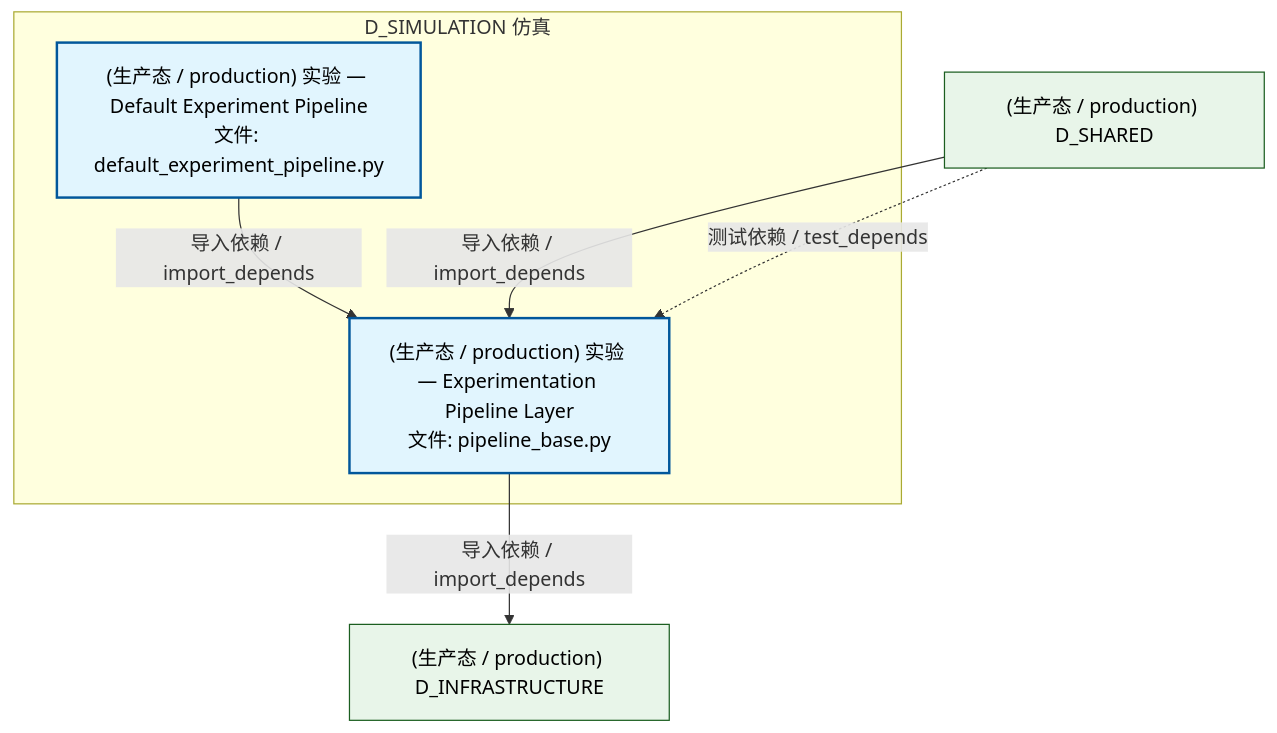
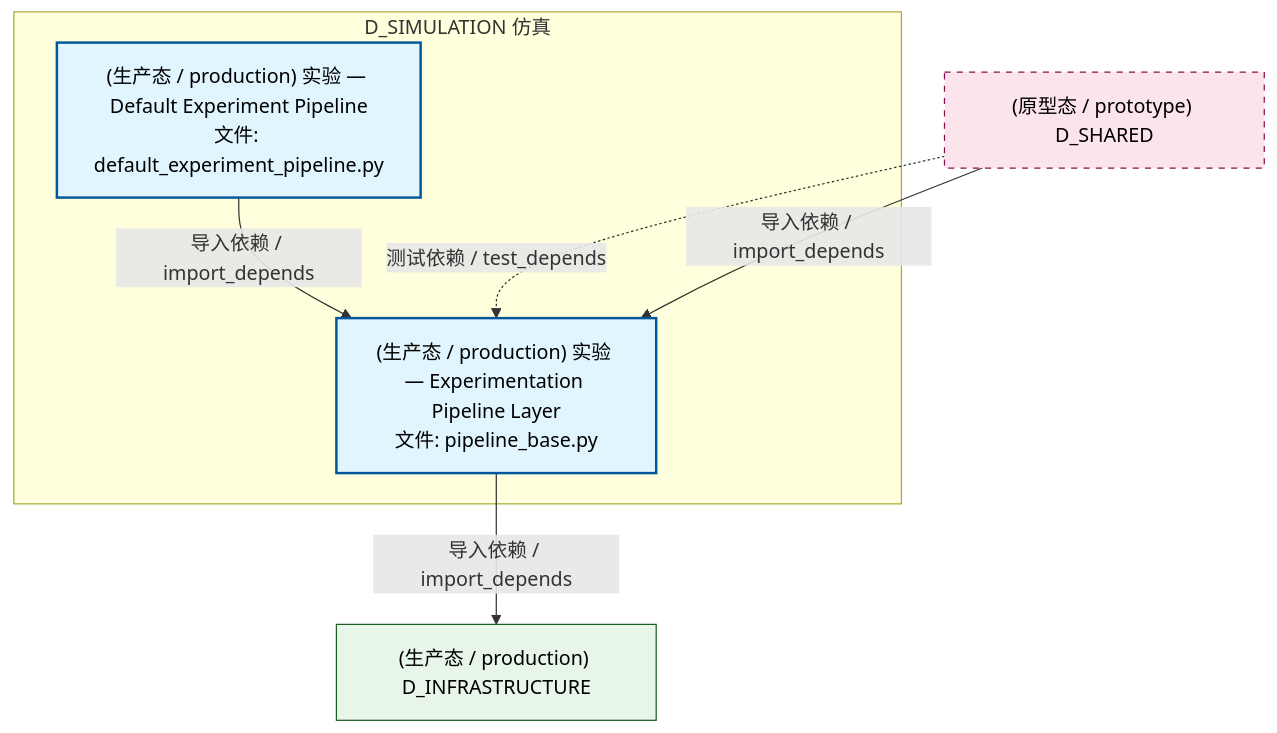
The second of 5 diagrams in docs/02_enterprise_architecture/02_domain_architecture_docs/57_d_simulation.md (xuanFelixVan/ZephyrAlpha), drawn with Mermaid before and after one commit. The commit also changed other lines of this file and 126 other files, not shown here.

````diff
--- a/docs/02_enterprise_architecture/02_domain_architecture_docs/57_d_simulation.md
+++ b/docs/02_enterprise_architecture/02_domain_architecture_docs/57_d_simulation.md
@@ -112,19 +112,20 @@
 ```mermaid
 graph TD
     subgraph D_SIMULATION["D_SIMULATION 仿真"]
         src_zephyr_simulation_implementations_default_experiment_pipeline_py["(生产态 / production) 实验 — Default Experiment Pipeline<br/>文件: default_experiment_pipeline.py"]
         src_zephyr_simulation_pipeline_base_py["(生产态 / production) 实验 — Experimentation Pipeline Layer<br/>文件: pipeline_base.py"]
     end
     src_zephyr_simulation_implementations_default_experiment_pipeline_py -->|导入依赖 / import_depends| src_zephyr_simulation_pipeline_base_py
     D_INFRASTRUCTURE["(生产态 / production) D_INFRASTRUCTURE"]
     src_zephyr_simulation_pipeline_base_py -->|导入依赖 / import_depends| D_INFRASTRUCTURE
-    D_SHARED["(生产态 / production) D_SHARED"]
+    D_SHARED["(原型态 / prototype) D_SHARED"]
+    D_SHARED -.->|测试依赖 / test_depends| src_zephyr_simulation_pipeline_base_py
     D_SHARED -->|导入依赖 / import_depends| src_zephyr_simulation_pipeline_base_py
-    D_SHARED -.->|测试依赖 / test_depends| src_zephyr_simulation_pipeline_base_py
     classDef production fill:#e1f5fe,stroke:#01579b,stroke-width:2px,color:#000
     classDef design fill:#fff3e0,stroke:#e65100,stroke-width:2px,color:#000,stroke-dasharray: 5 5
     classDef external_prod fill:#e8f5e9,stroke:#1b5e20,stroke-width:1px,color:#000
     classDef external_design fill:#fce4ec,stroke:#880e4f,stroke-width:1px,color:#000,stroke-dasharray: 5 5
     class src_zephyr_simulation_implementations_default_experiment_pipeline_py,src_zephyr_simulation_pipeline_base_py production
-    class D_INFRASTRUCTURE,D_SHARED external_prod
+    class D_INFRASTRUCTURE external_prod
+    class D_SHARED external_design
 ```
````
